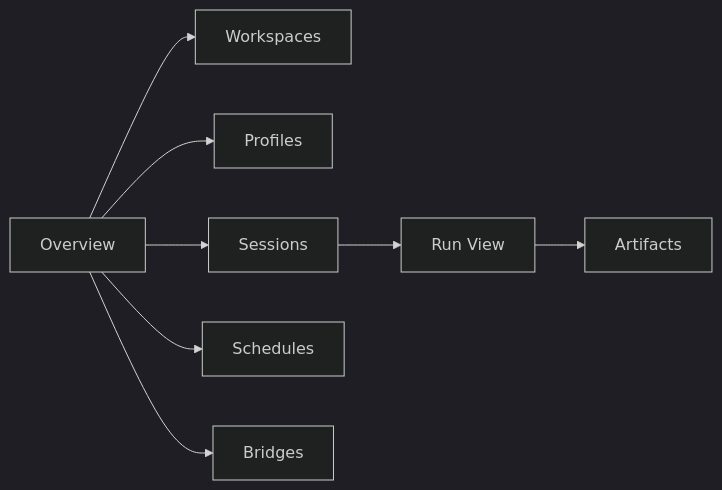
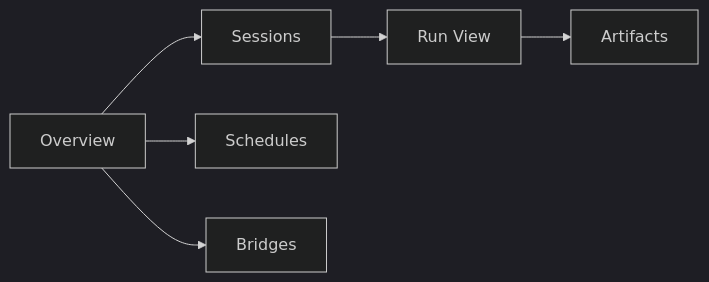
One commit to Wh1isper/ya-mono changed the diagram in packages/ya-claw/spec/05-web-ui-and-operations.md. Above: the diagram before and after it, drawn with Mermaid (dark theme). The commit also changed other lines of this file and 28 other files, not shown here.

````diff
--- a/packages/ya-claw/spec/05-web-ui-and-operations.md
+++ b/packages/ya-claw/spec/05-web-ui-and-operations.md
@@ -22,10 +25,8 @@
 ```mermaid
 flowchart LR
-    HOME[Overview] --> WS[Workspaces]
-    HOME --> PF[Profiles]
-    HOME --> SS[Sessions]
+    HOME[Overview] --> SS[Sessions]
     HOME --> SC[Schedules]
     HOME --> BR[Bridges]
     SS --> RV[Run View]
     RV --> AF[Artifacts]
 ```
````
